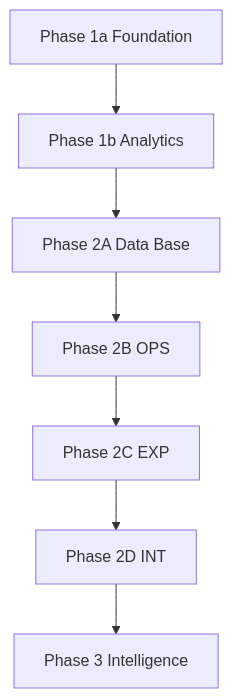
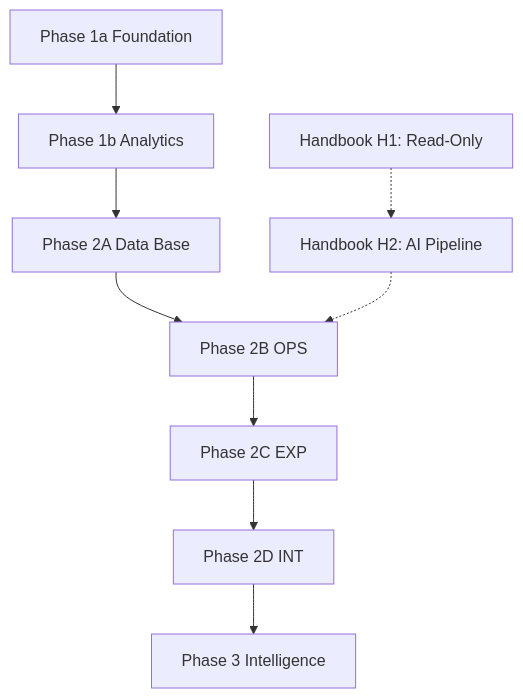
Before and after one commit to x0to1log/0to1log: the diagram in docs/IMPLEMENTATION_PLAN.md, drawn with Mermaid. The commit also changed other lines of this file, not shown here.

````diff
--- a/docs/IMPLEMENTATION_PLAN.md
+++ b/docs/IMPLEMENTATION_PLAN.md
@@ -34,9 +34,12 @@
 ```mermaid
 flowchart TD
   P1A[Phase 1a Foundation] --> P1B[Phase 1b Analytics]
   P1B --> P2A[Phase 2A Data Base]
   P2A --> P2B[Phase 2B OPS]
   P2B --> P2C[Phase 2C EXP]
   P2C --> P2D[Phase 2D INT]
   P2D --> P3[Phase 3 Intelligence]
+
+  H1[Handbook H1: Read-Only] -.-> H2[Handbook H2: AI Pipeline]
+  H2 -.-> P2B
 ```
````
